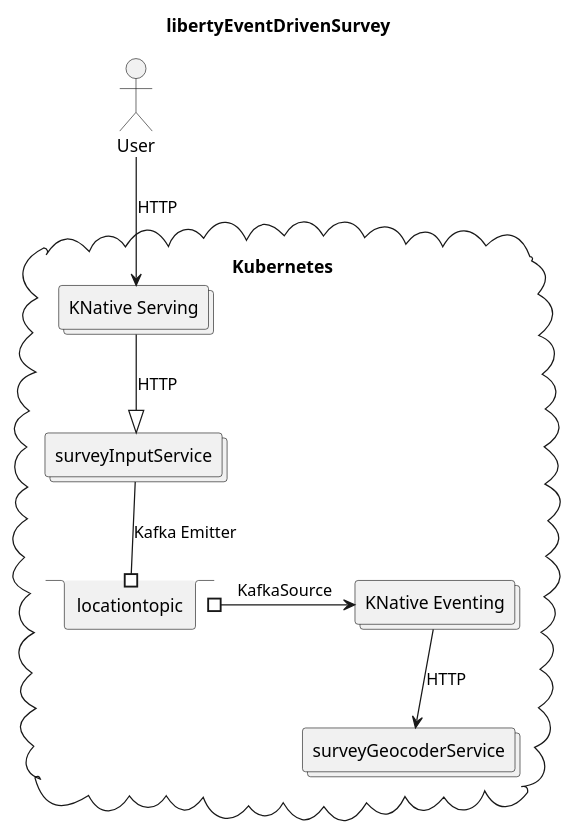
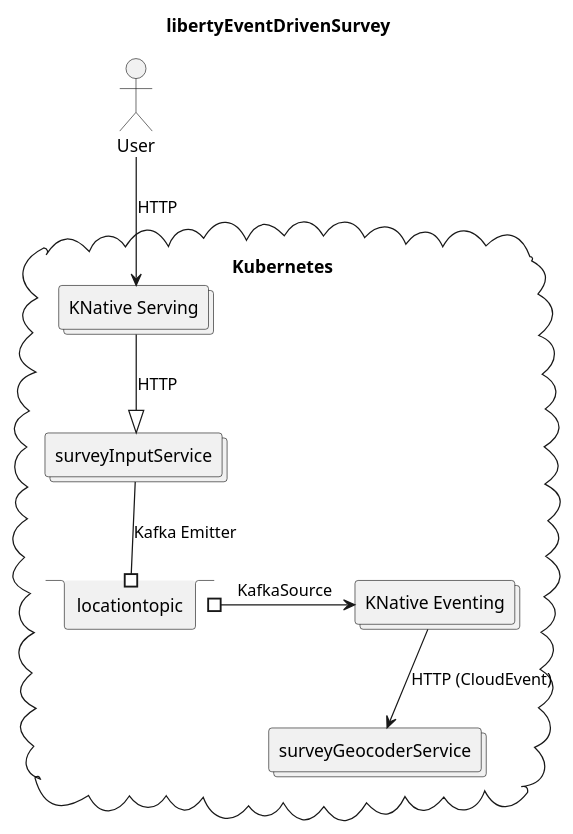
Before and after one commit to IBM/libertyEventDrivenSurvey: the diagram in doc/libertyEventDrivenSurvey-location.plantuml, drawn with PlantUML. The commit also changed 5 other files, not shown here.

```diff
--- a/doc/libertyEventDrivenSurvey-location.plantuml
+++ b/doc/libertyEventDrivenSurvey-location.plantuml
@@ -1,27 +1,27 @@
 @startuml
 
 title libertyEventDrivenSurvey
 
 skinparam monochrome true
 skinparam DefaultTextAlignment center
 scale 1.0
 
 actor user1 as "User"
 
 ' https://plantuml.com/deployment-diagram
 ' Arrows: https://plantuml.com/deployment-diagram#bb3fdb917676e9ae
 cloud kubernetes as "Kubernetes" {
   collections knativeServing1 as "KNative Serving"
   collections surveyInputService
   stack locationtopic
   collections knativeServing2 as "KNative Eventing"
   collections surveyGeocoderService
 }
 
 user1 --> knativeServing1 : HTTP
 knativeServing1 --^ surveyInputService : HTTP
 surveyInputService --# locationtopic : Kafka Emitter
 locationtopic #-> knativeServing2 : KafkaSource
-knativeServing2 --> surveyGeocoderService : HTTP
+knativeServing2 --> surveyGeocoderService : HTTP (CloudEvent)
 
 @enduml
```
